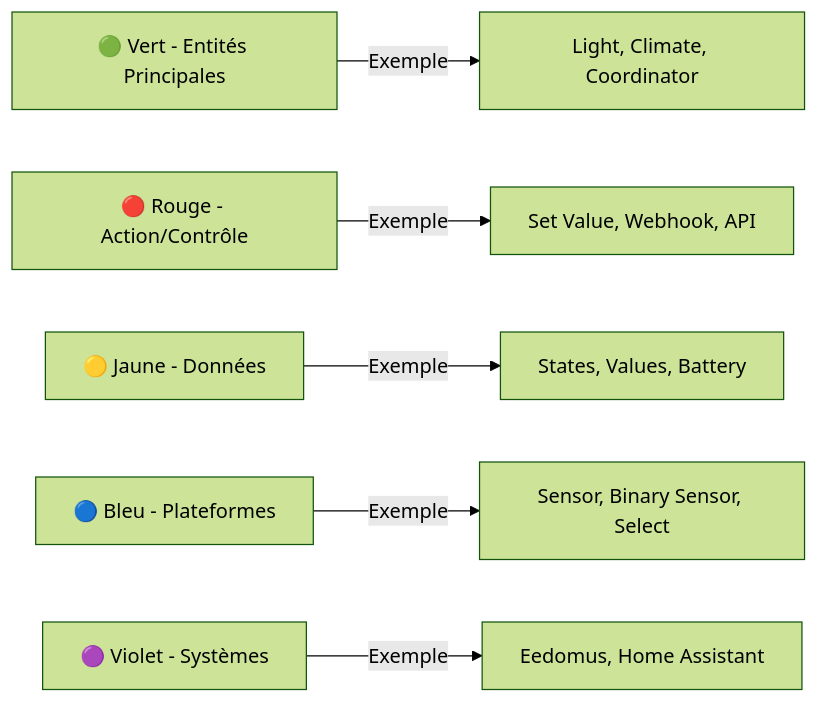
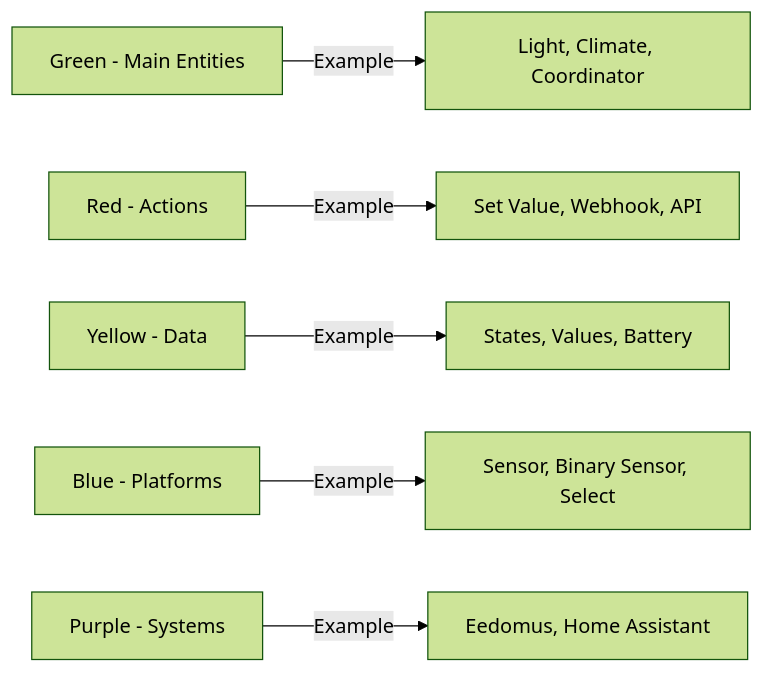
Before and after one commit to Dan4Jer/hass-eedomus: the ninth of 13 diagrams in README.md, drawn with Mermaid (forest theme). The commit also changed other lines of this file, not shown here.

First line of the commit message:
🐛 Fix all Mermaid diagrams for GitHub compatibility

````diff
--- a/README.md
+++ b/README.md
@@ -686,8 +563,8 @@
 ```mermaid
 graph LR
-    A[🟢 Vert - Entités Principales] -->|Exemple| B[Light, Climate, Coordinator]
-    C[🔴 Rouge - Action/Contrôle] -->|Exemple| D[Set Value, Webhook, API]
-    E[🟡 Jaune - Données] -->|Exemple| F[States, Values, Battery]
-    G[🔵 Bleu - Plateformes] -->|Exemple| H[Sensor, Binary Sensor, Select]
-    I[🟣 Violet - Systèmes] -->|Exemple| J[Eedomus, Home Assistant]
+    A[Green - Main Entities] -->|Example| B[Light, Climate, Coordinator]
+    C[Red - Actions] -->|Example| D[Set Value, Webhook, API]
+    E[Yellow - Data] -->|Example| F[States, Values, Battery]
+    G[Blue - Platforms] -->|Example| H[Sensor, Binary Sensor, Select]
+    I[Purple - Systems] -->|Example| J[Eedomus, Home Assistant]
 ```
````
